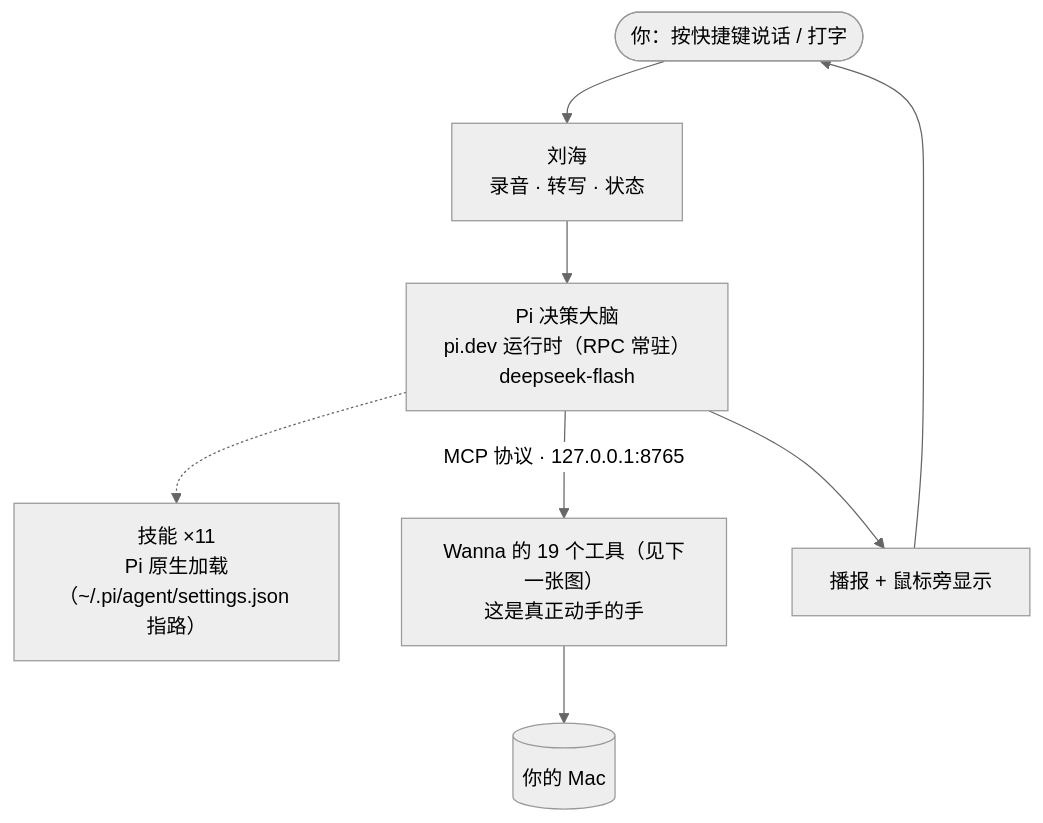
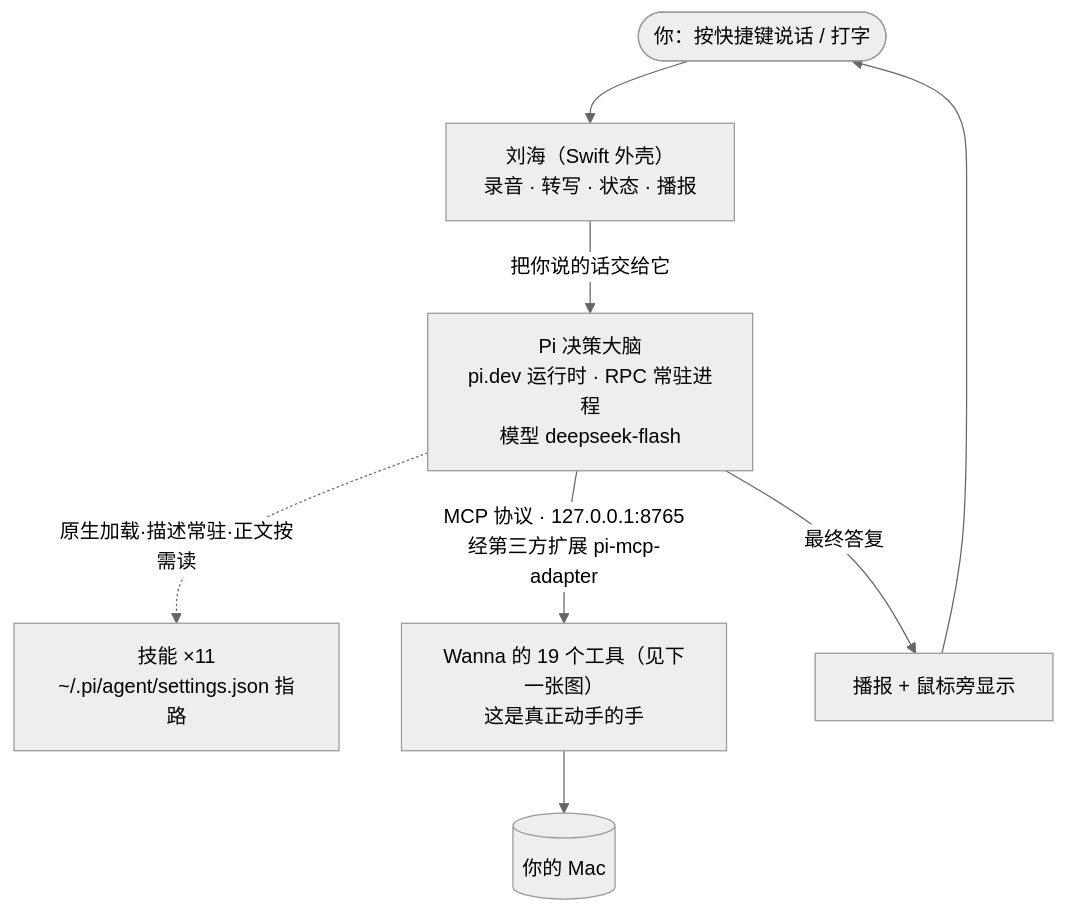
The first of 2 diagrams in 全局框架/00-项目全貌.md (nash-aigc/wanna), drawn with Mermaid (neutral theme) before and after one commit. The commit also changed other lines of this file, not shown here.

````diff
--- a/全局框架/00-项目全貌.md
+++ b/全局框架/00-项目全貌.md
@@ -12,12 +13,12 @@
 ```mermaid
 flowchart TB
-    U([你：按快捷键说话 / 打字]) --> N["刘海<br/>录音 · 转写 · 状态"]
-    N --> P["Pi 决策大脑<br/>pi.dev 运行时（RPC 常驻）<br/>deepseek-flash"]
+    U([你：按快捷键说话 / 打字]) --> N["刘海（Swift 外壳）<br/>录音 · 转写 · 状态 · 播报"]
+    N -->|把你说的话交给它| P["Pi 决策大脑<br/>pi.dev 运行时 · RPC 常驻进程<br/>模型 deepseek-flash"]
 
-    P -.-> C1["技能 ×11<br/>Pi 原生加载（~/.pi/agent/settings.json 指路）"]
+    P -.->|原生加载·描述常驻·正文按需读| C1["技能 ×11<br/>~/.pi/agent/settings.json 指路"]
 
-    P -->|MCP 协议 · 127.0.0.1:8765| H["Wanna 的 19 个工具（见下一张图）<br/>这是真正动手的手"]
+    P -->|MCP 协议 · 127.0.0.1:8765<br/>经第三方扩展 pi-mcp-adapter| H["Wanna 的 19 个工具（见下一张图）<br/>这是真正动手的手"]
     H --> MAC[(你的 Mac)]
-    P --> R["播报 + 鼠标旁显示"]
+    P -->|最终答复| R["播报 + 鼠标旁显示"]
     R --> U
 ```
````
